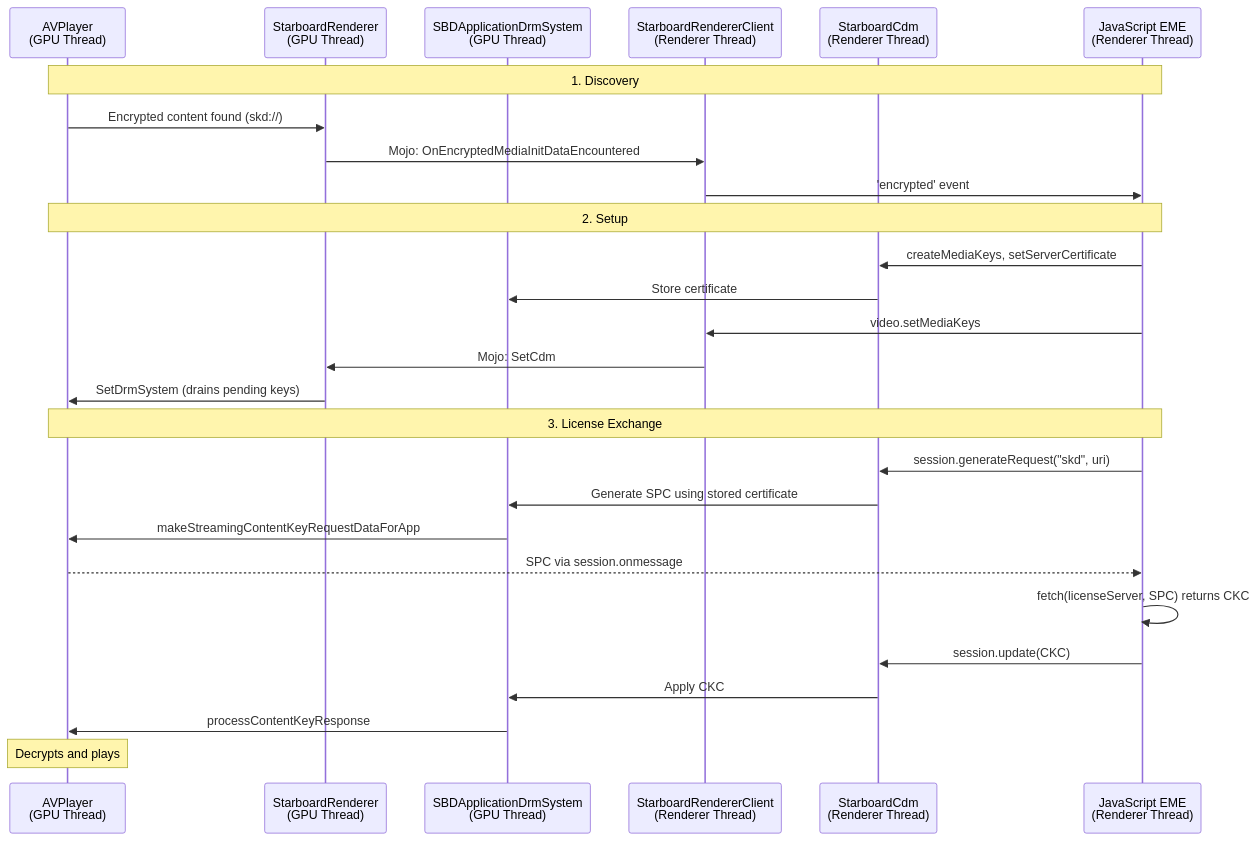
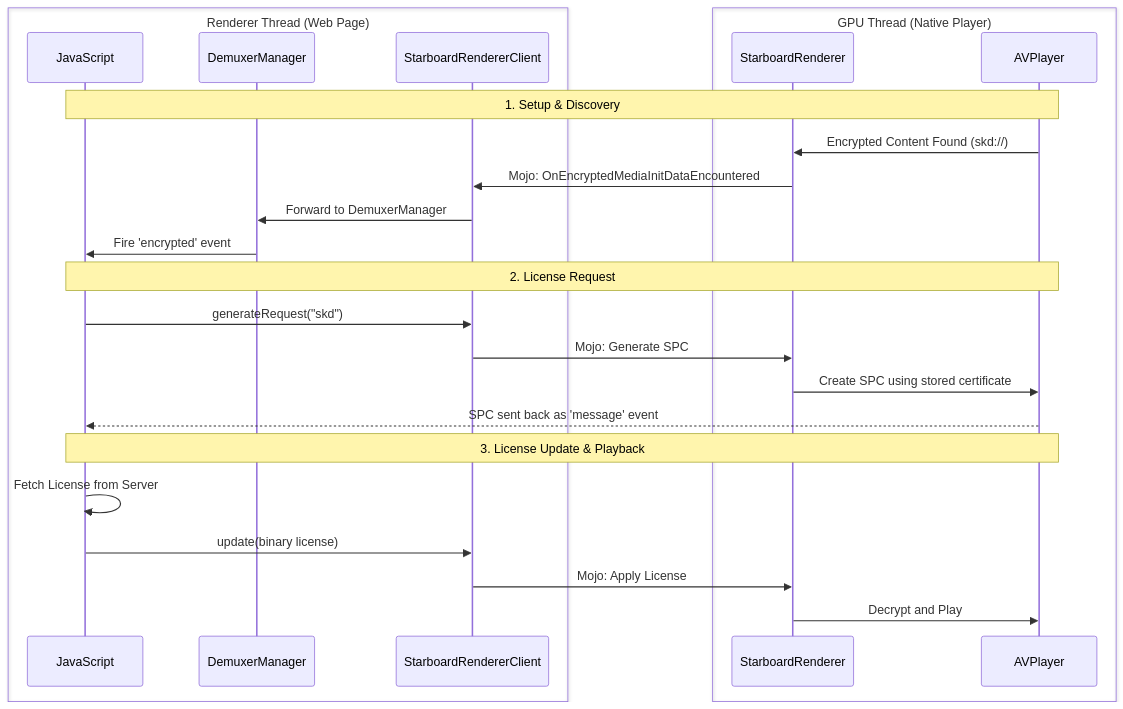
One commit to abhijeetk/cobalt changed the diagram in Phase-2-FairPlay-DRM-Design-Doc.md. Above: the diagram before and after it, drawn with Mermaid. The commit also changed other lines of this file and 12 other files, not shown here.

````diff
--- a/Phase-2-FairPlay-DRM-Design-Doc.md
+++ b/Phase-2-FairPlay-DRM-Design-Doc.md
@@ -115,32 +103,30 @@
 ```mermaid
 sequenceDiagram
-    participant AVP as AVPlayer<br/>(GPU Thread)
-    participant SR as StarboardRenderer<br/>(GPU Thread)
-    participant DRM as SBDApplicationDrmSystem<br/>(GPU Thread)
-    participant SRC as StarboardRendererClient<br/>(Renderer Thread)
-    participant CDM as StarboardCdm<br/>(Renderer Thread)
-    participant JS as JavaScript EME<br/>(Renderer Thread)
+    box Renderer Thread (Web Page)
+        participant JS as JavaScript
+        participant DM as DemuxerManager
+        participant SRC as StarboardRendererClient
+    end
+    box GPU Thread (Native Player)
+        participant SR as StarboardRenderer
+        participant AVP as AVPlayer
+    end
 
-    Note over AVP,JS: 1. Discovery
-    AVP->>SR: Encrypted content found (skd://)
+    Note over JS,AVP: 1. Setup & Discovery
+    AVP->>SR: Encrypted Content Found (skd://)
     SR->>SRC: Mojo: OnEncryptedMediaInitDataEncountered
-    SRC->>JS: 'encrypted' event
+    SRC->>DM: Forward to DemuxerManager
+    DM->>JS: Fire 'encrypted' event
 
-    Note over AVP,JS: 2. Setup
-    JS->>CDM: createMediaKeys, setServerCertificate
-    CDM->>DRM: Store certificate
-    JS->>SRC: video.setMediaKeys
-    SRC->>SR: Mojo: SetCdm
-    SR->>AVP: SetDrmSystem (drains pending keys)
+    Note over JS,AVP: 2. License Request
+    JS->>SRC: generateRequest("skd")
+    SRC->>SR: Mojo: Generate SPC
+    SR->>AVP: Create SPC using stored certificate
+    AVP-->>JS: SPC sent back as 'message' event
 
-    Note over AVP,JS: 3. License Exchange
-    JS->>CDM: session.generateRequest("skd", uri)
-    CDM->>DRM: Generate SPC using stored certificate
-    DRM->>AVP: makeStreamingContentKeyRequestDataForApp
-    AVP-->>JS: SPC via session.onmessage
-    JS->>JS: fetch(licenseServer, SPC) returns CKC
-    JS->>CDM: session.update(CKC)
-    CDM->>DRM: Apply CKC
-    DRM->>AVP: processContentKeyResponse
-    Note over AVP: Decrypts and plays
+    Note over JS,AVP: 3. License Update & Playback
+    JS->>JS: Fetch License from Server
+    JS->>SRC: update(binary license)
+    SRC->>SR: Mojo: Apply License
+    SR->>AVP: Decrypt and Play
 ```
````
